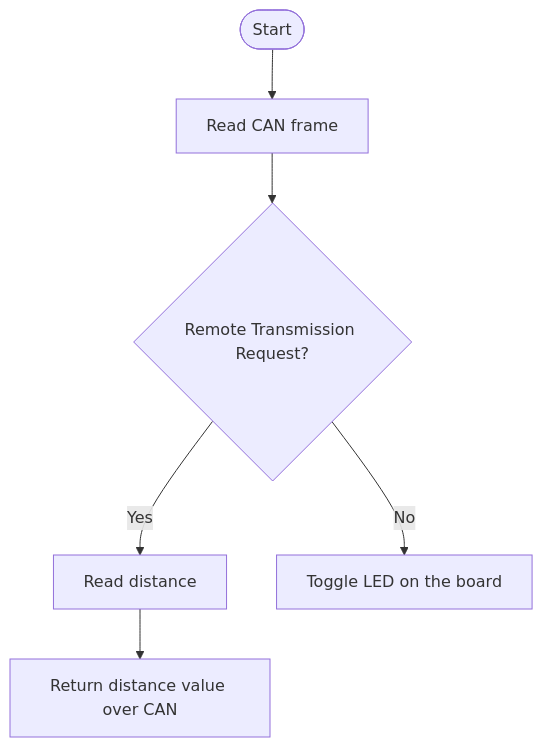
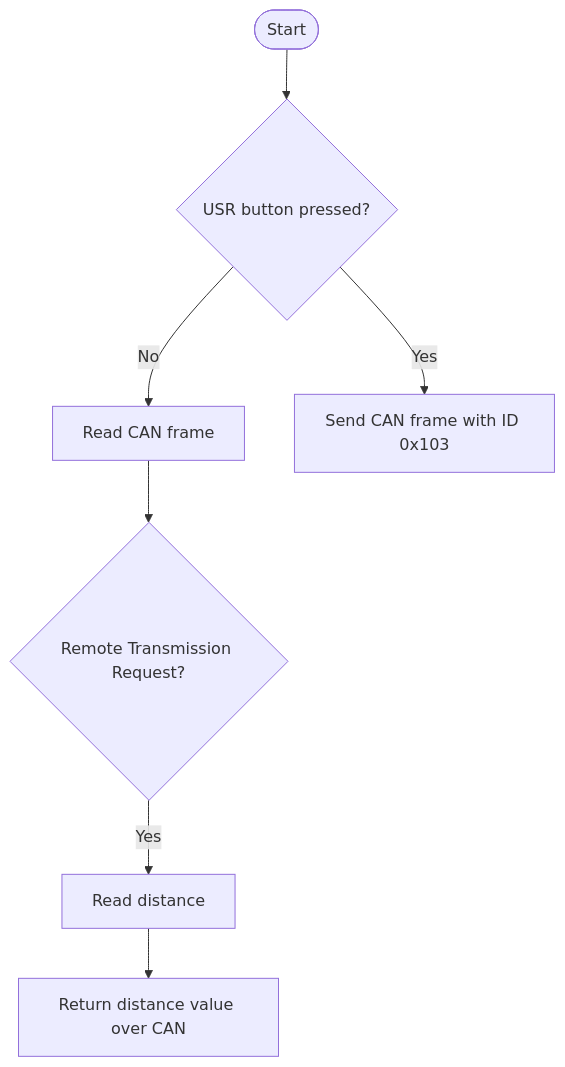
The second of 2 diagrams in README.md (Freireg/Bismuth-Project), drawn with Mermaid before and after one commit. The commit also changed other lines of this file, not shown here.

Commit message:
Updating diagram

````diff
--- a/README.md
+++ b/README.md
@@ -58,11 +58,14 @@
 ```mermaid
 flowchart TD
         A(["Start"])
-        A --> B["Read CAN frame"]
+        A --> E{"USR button pressed?"}
+        E --> |No| B["Read CAN frame"]
         B --> C{"Remote Transmission Request?"}
         C -->|Yes| D["Read distance"]
-        C --> |No| E["Toggle LED on the board"]
+
+        E --> |Yes| G["Send CAN frame with ID 0x103"]
+        
 
         D --> F["Return distance value over CAN"]
 
 ```
````
